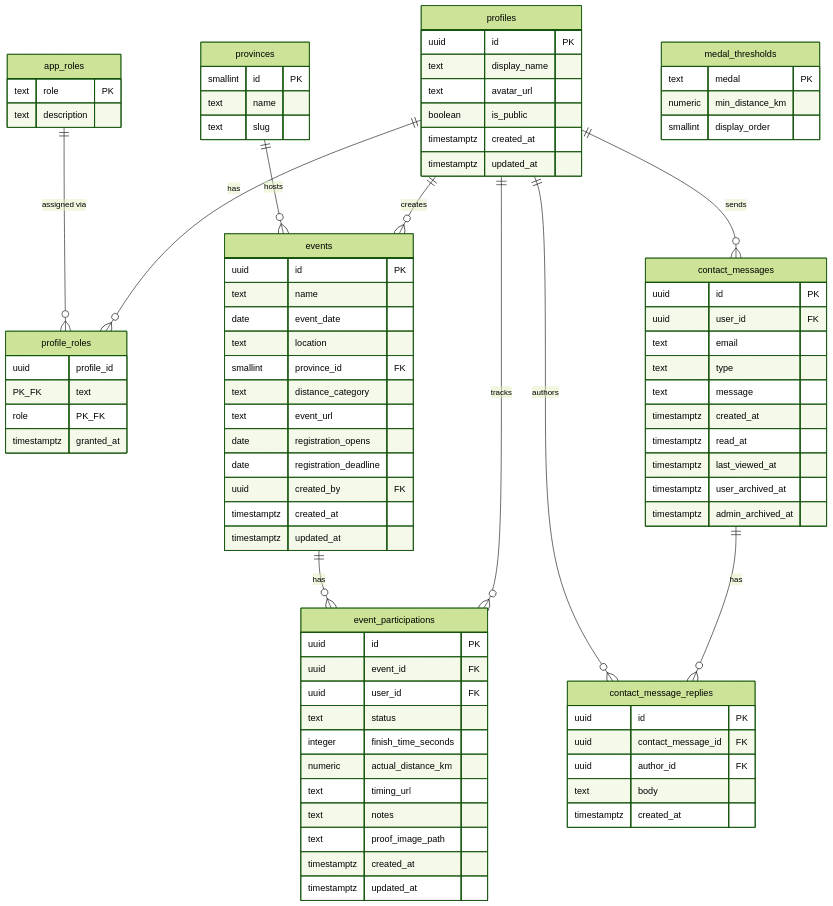
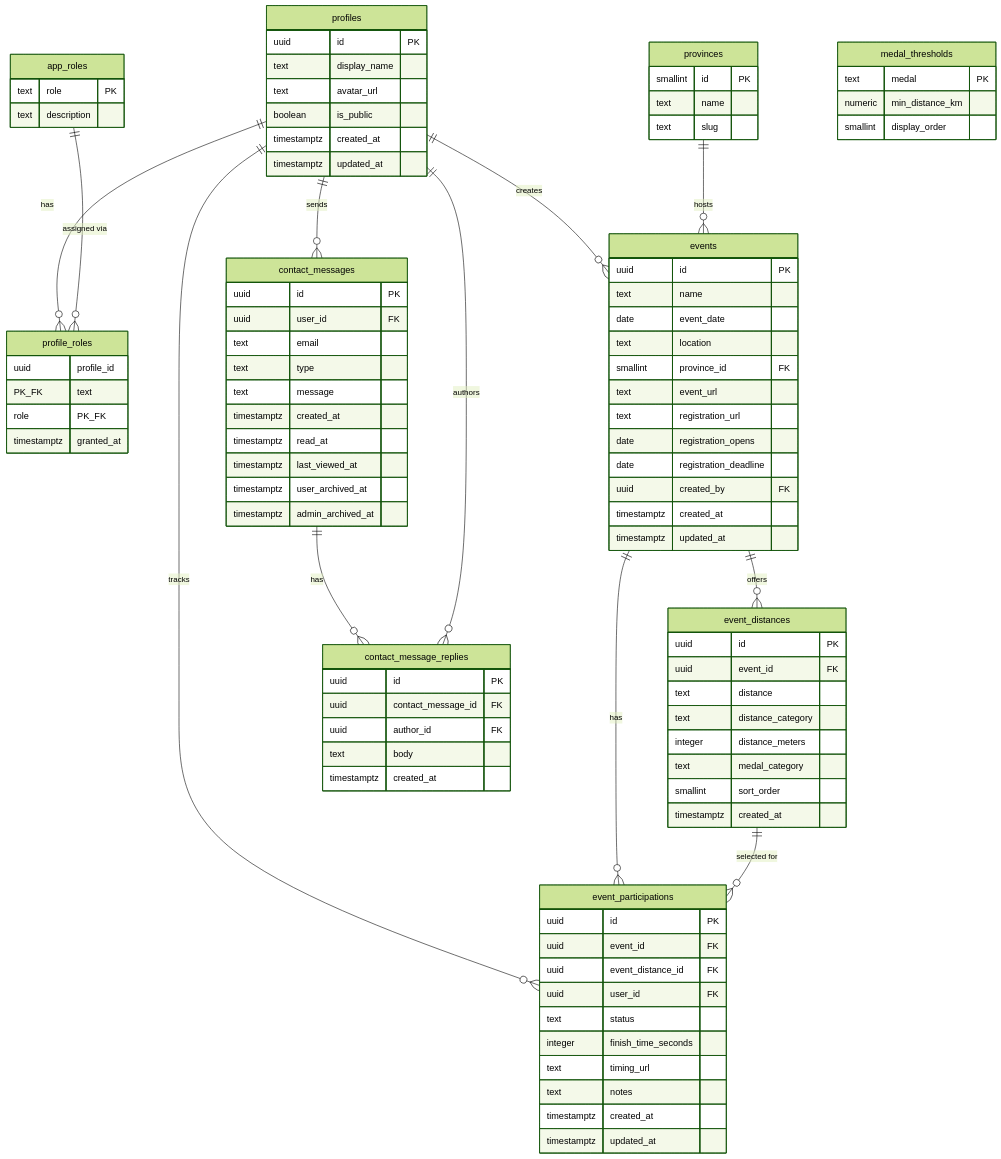
Before and after one commit to GijsPrins/detwaalf: the diagram in docs/schema.md, drawn with Mermaid (forest theme). The commit also changed other lines of this file and 4 other files, not shown here.

Commit message:
Harden event distance categories

```diff
--- a/docs/schema.md
+++ b/docs/schema.md
@@ -36,24 +36,33 @@
     date event_date
     text location
     smallint province_id FK
-    text distance_category
     text event_url
+    text registration_url
     date registration_opens
     date registration_deadline
     uuid created_by FK
     timestamptz created_at
     timestamptz updated_at
   }
+  event_distances {
+    uuid id PK
+    uuid event_id FK
+    text distance
+    text distance_category
+    integer distance_meters
+    text medal_category
+    smallint sort_order
+    timestamptz created_at
+  }
   event_participations {
     uuid id PK
     uuid event_id FK
+    uuid event_distance_id FK
     uuid user_id FK
     text status
     integer finish_time_seconds
-    numeric actual_distance_km
     text timing_url
     text notes
-    text proof_image_path
     timestamptz created_at
     timestamptz updated_at
   }
@@ -82,7 +91,9 @@
   profiles ||--o{ events : "creates"
   profiles ||--o{ event_participations : "tracks"
   provinces ||--o{ events : "hosts"
+  events ||--o{ event_distances : "offers"
   events ||--o{ event_participations : "has"
+  event_distances ||--o{ event_participations : "selected for"
   profiles ||--o{ contact_messages : "sends"
   contact_messages ||--o{ contact_message_replies : "has"
   profiles ||--o{ contact_message_replies : "authors"
```
